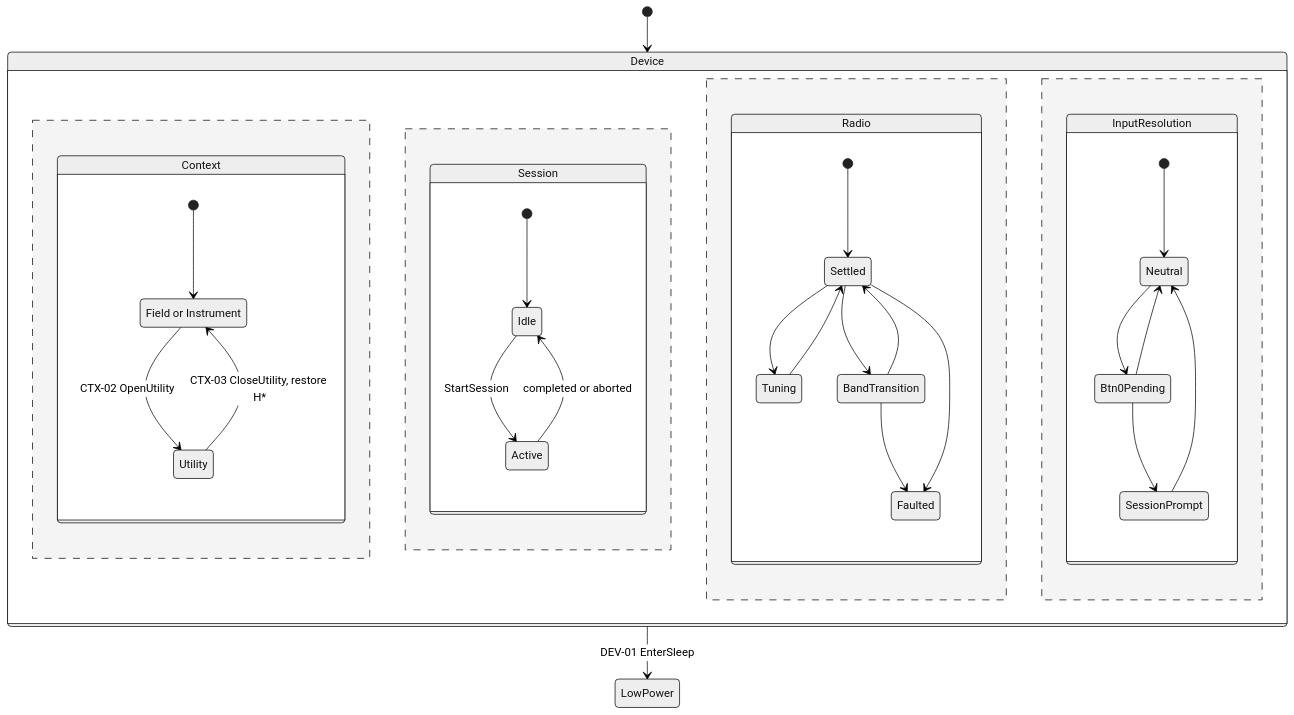
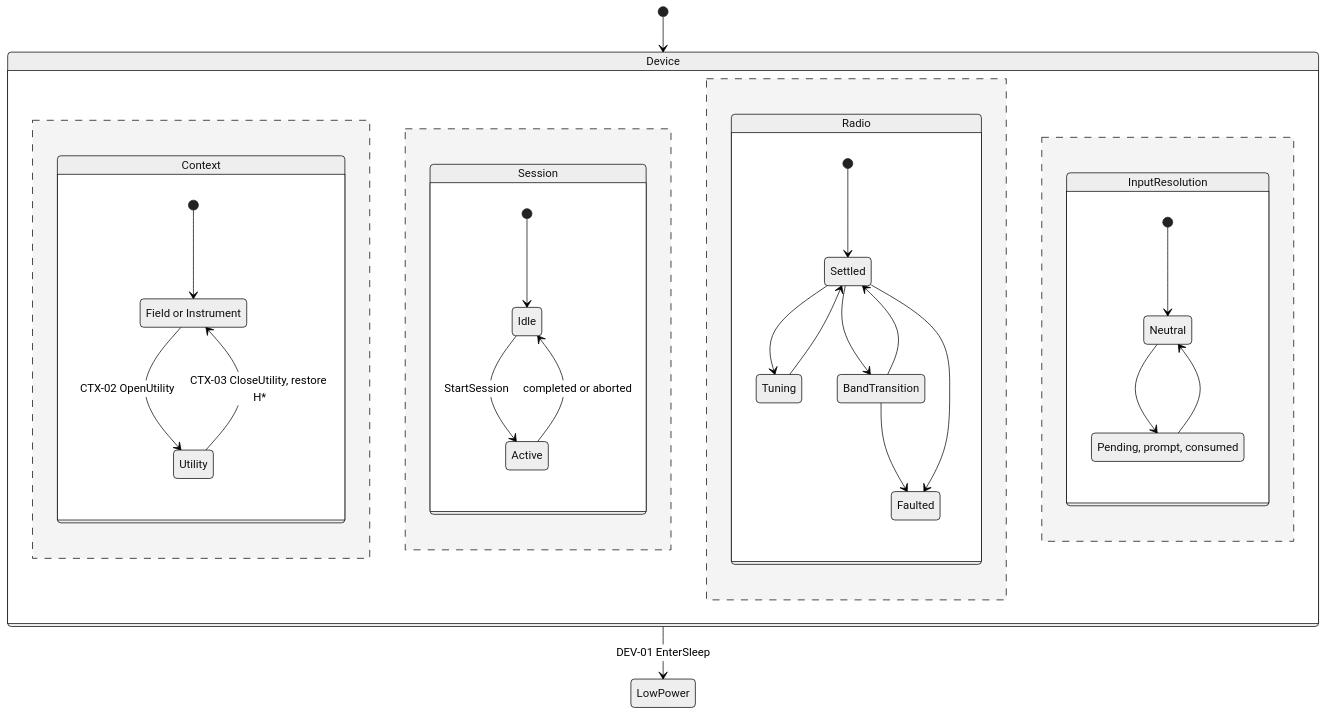
One commit to dwight9339/spooky_box_proto changed the diagram in docs/design/behavior/top-level.md. Above: the diagram before and after it, drawn with Mermaid (neutral theme). The commit also changed other lines of this file and 16 other files, not shown here.

````diff
--- a/docs/design/behavior/top-level.md
+++ b/docs/design/behavior/top-level.md
@@ -13,37 +13,36 @@
 ```mermaid
 stateDiagram-v2
     [*] --> Device
     state Device {
         state Context {
             [*] --> Operating
             Operating : Field or Instrument
             Operating --> Utility : CTX-02 OpenUtility
             Utility --> Operating : CTX-03 CloseUtility, restore H*
         }
         --
         state Session {
             [*] --> Idle
             Idle --> Active : StartSession
             Active --> Idle : completed or aborted
         }
         --
         state Radio {
             [*] --> Settled
             Settled --> Tuning
             Tuning --> Settled
             Settled --> BandTransition
             BandTransition --> Settled
             BandTransition --> Faulted
             Settled --> Faulted
         }
         --
         state InputResolution {
             [*] --> Neutral
-            Neutral --> Btn0Pending
-            Btn0Pending --> Neutral
-            Btn0Pending --> SessionPrompt
-            SessionPrompt --> Neutral
+            Btn0Held : Pending, prompt, consumed
+            Neutral --> Btn0Held
+            Btn0Held --> Neutral
         }
     }
     Device --> LowPower : DEV-01 EnterSleep
 ```
````
